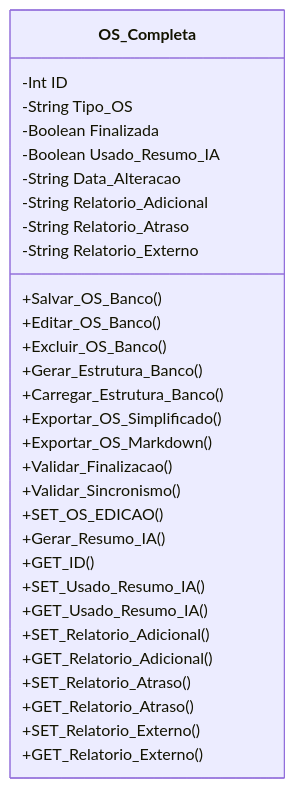
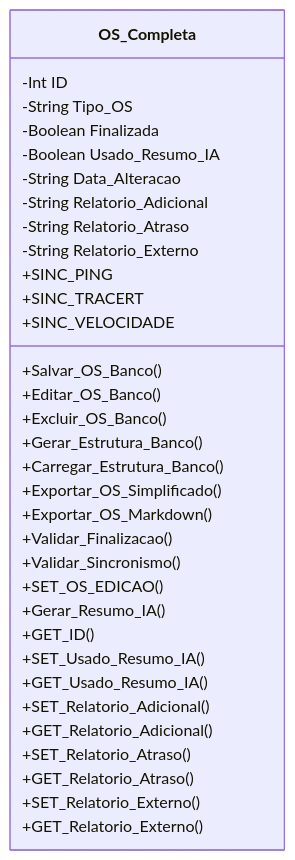
The diagram in DOCUMENTOS/Classe - Ordem de Serviço Completa.md (ETECC-Telecom/ValtObsidian-Script-Moto), drawn with Mermaid before and after one commit. The commit also changed other lines of this file and 9 other files, not shown here.

````diff
--- a/DOCUMENTOS/Classe - Ordem de Serviço Completa.md
+++ b/DOCUMENTOS/Classe - Ordem de Serviço Completa.md
@@ -47,37 +57,40 @@
 ```mermaid
 classDiagram
 
     class OS_Completa{
 		-Int ID
 		-String Tipo_OS
 		-Boolean Finalizada
 		-Boolean Usado_Resumo_IA
 		-String Data_Alteracao
 		-String Relatorio_Adicional
 		-String Relatorio_Atraso
 		-String Relatorio_Externo
       
 	    +Salvar_OS_Banco()
 		+Editar_OS_Banco()
 		+Excluir_OS_Banco()
 		+Gerar_Estrutura_Banco()
 		+Carregar_Estrutura_Banco()
 		+Exportar_OS_Simplificado()
 		+Exportar_OS_Markdown()
 		+Validar_Finalizacao()
 		+Validar_Sincronismo()
 		
 		+SET_OS_EDICAO()
 		+Gerar_Resumo_IA()
+		+SINC_PING
+		+SINC_TRACERT
+		+SINC_VELOCIDADE
 		
 		+GET_ID()
 		+SET_Usado_Resumo_IA()
 		+GET_Usado_Resumo_IA()
 		+SET_Relatorio_Adicional()
 		+GET_Relatorio_Adicional()
 		+SET_Relatorio_Atraso()
 		+GET_Relatorio_Atraso()
 		+SET_Relatorio_Externo()
 		+GET_Relatorio_Externo()
     }
 ```
````
